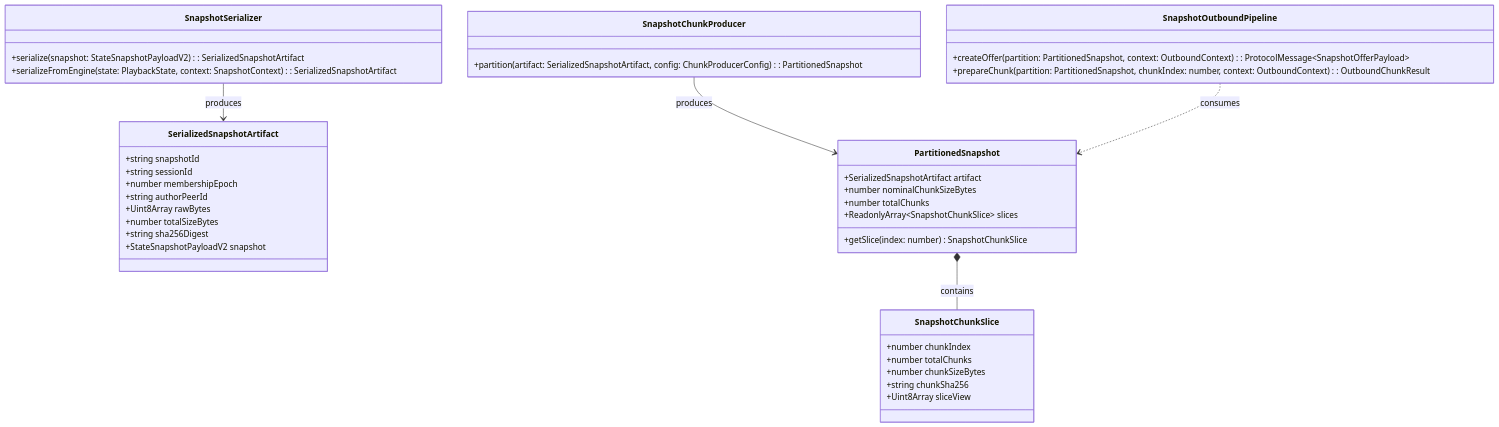
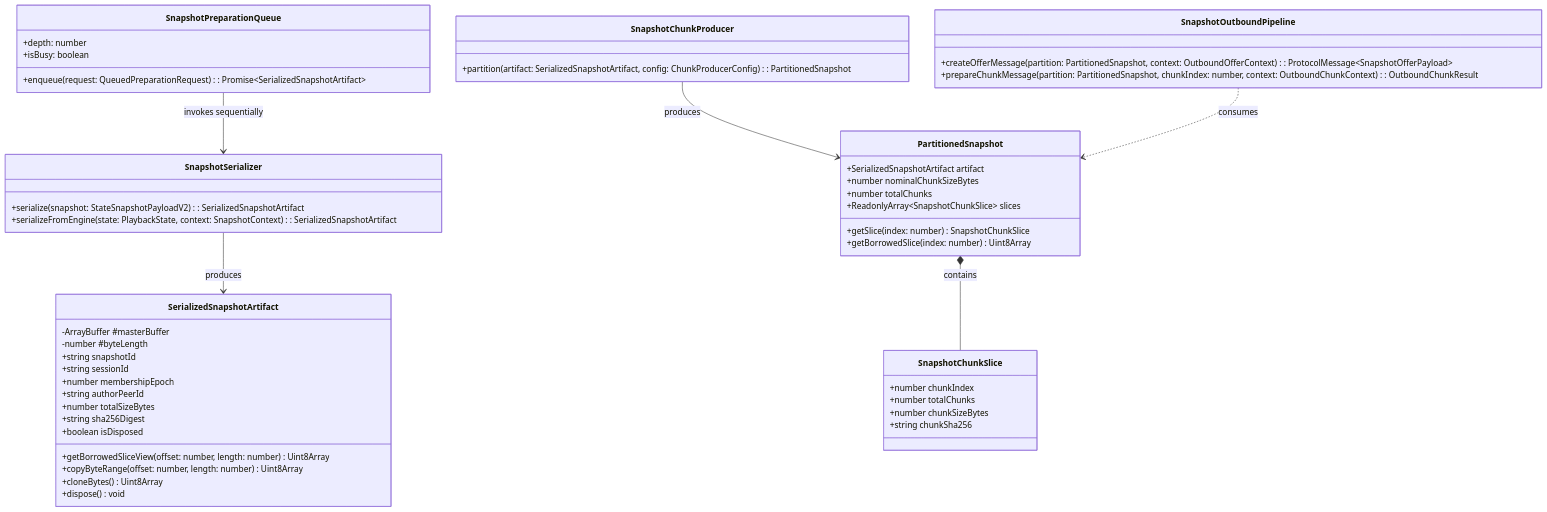
Before and after one commit to Tejdeepakchandra/SyncPlay_Protocol: the diagram in docs/PHASE7_5_M4_2_INTERFACE_SPECIFICATION.md, drawn with Mermaid. The commit also changed other lines of this file and 6 other files, not shown here.

````diff
--- a/docs/PHASE7_5_M4_2_INTERFACE_SPECIFICATION.md
+++ b/docs/PHASE7_5_M4_2_INTERFACE_SPECIFICATION.md
@@ -14,48 +14,60 @@
 ```mermaid
 classDiagram
+    class SnapshotPreparationQueue {
+        +enqueue(request: QueuedPreparationRequest): Promise~SerializedSnapshotArtifact~
+        +depth: number
+        +isBusy: boolean
+    }
+
     class SnapshotSerializer {
         +serialize(snapshot: StateSnapshotPayloadV2): SerializedSnapshotArtifact
         +serializeFromEngine(state: PlaybackState, context: SnapshotContext): SerializedSnapshotArtifact
     }
 
     class SerializedSnapshotArtifact {
+        -ArrayBuffer #masterBuffer
+        -number #byteLength
         +string snapshotId
         +string sessionId
         +number membershipEpoch
         +string authorPeerId
-        +Uint8Array rawBytes
         +number totalSizeBytes
         +string sha256Digest
-        +StateSnapshotPayloadV2 snapshot
+        +boolean isDisposed
+        +getBorrowedSliceView(offset: number, length: number) Uint8Array
+        +copyByteRange(offset: number, length: number) Uint8Array
+        +cloneBytes() Uint8Array
+        +dispose() void
     }
 
     class SnapshotChunkProducer {
         +partition(artifact: SerializedSnapshotArtifact, config: ChunkProducerConfig): PartitionedSnapshot
     }
 
     class PartitionedSnapshot {
         +SerializedSnapshotArtifact artifact
         +number nominalChunkSizeBytes
         +number totalChunks
         +ReadonlyArray~SnapshotChunkSlice~ slices
         +getSlice(index: number) SnapshotChunkSlice
+        +getBorrowedSlice(index: number) Uint8Array
     }
 
     class SnapshotChunkSlice {
         +number chunkIndex
         +number totalChunks
         +number chunkSizeBytes
         +string chunkSha256
-        +Uint8Array sliceView
     }
 
     class SnapshotOutboundPipeline {
-        +createOffer(partition: PartitionedSnapshot, context: OutboundContext): ProtocolMessage~SnapshotOfferPayload~
-        +prepareChunk(partition: PartitionedSnapshot, chunkIndex: number, context: OutboundContext): OutboundChunkResult
+        +createOfferMessage(partition: PartitionedSnapshot, context: OutboundOfferContext): ProtocolMessage~SnapshotOfferPayload~
+        +prepareChunkMessage(partition: PartitionedSnapshot, chunkIndex: number, context: OutboundChunkContext): OutboundChunkResult
     }
 
+    SnapshotPreparationQueue --> SnapshotSerializer : invokes sequentially
     SnapshotSerializer --> SerializedSnapshotArtifact : produces
     SnapshotChunkProducer --> PartitionedSnapshot : produces
     PartitionedSnapshot *-- SnapshotChunkSlice : contains
     SnapshotOutboundPipeline ..> PartitionedSnapshot : consumes
 ```
````
